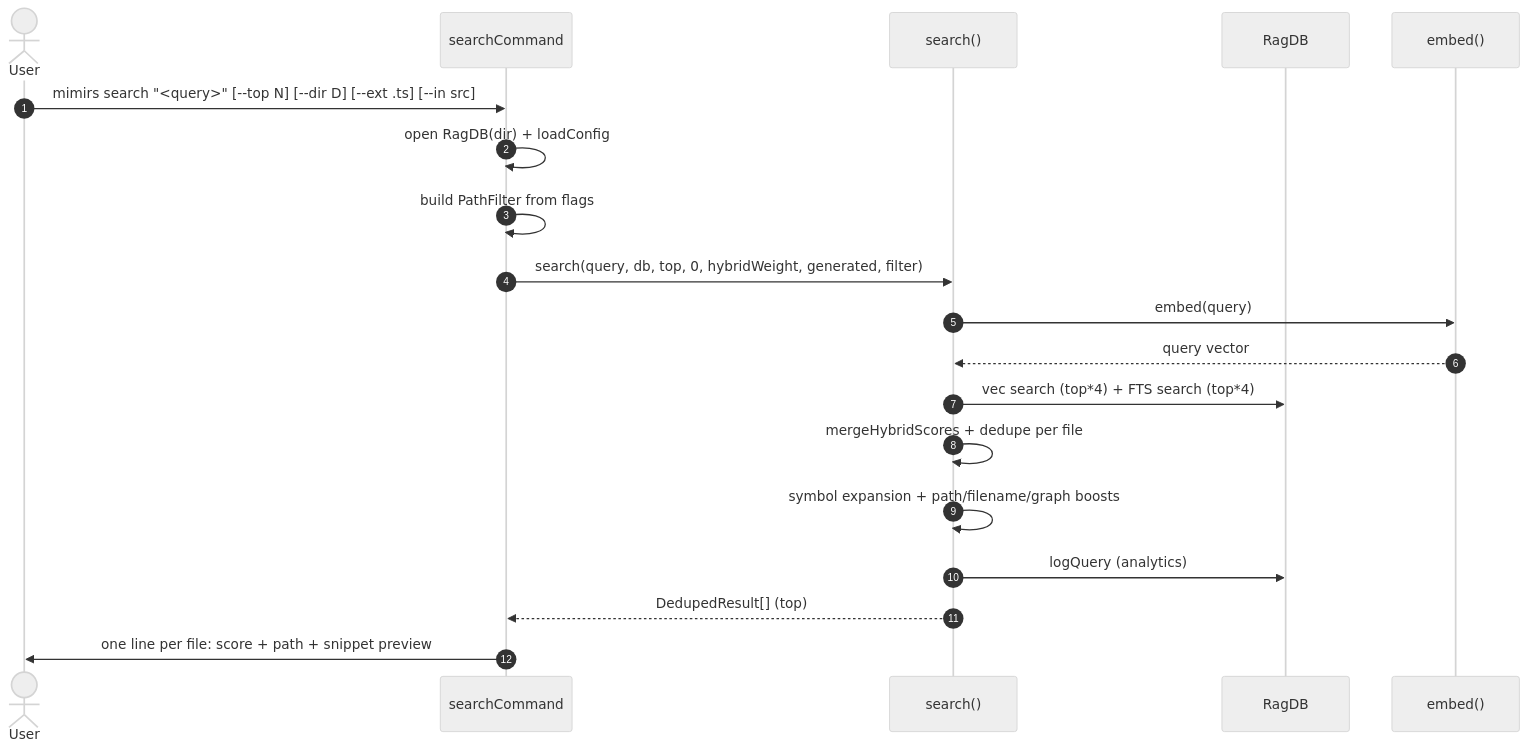
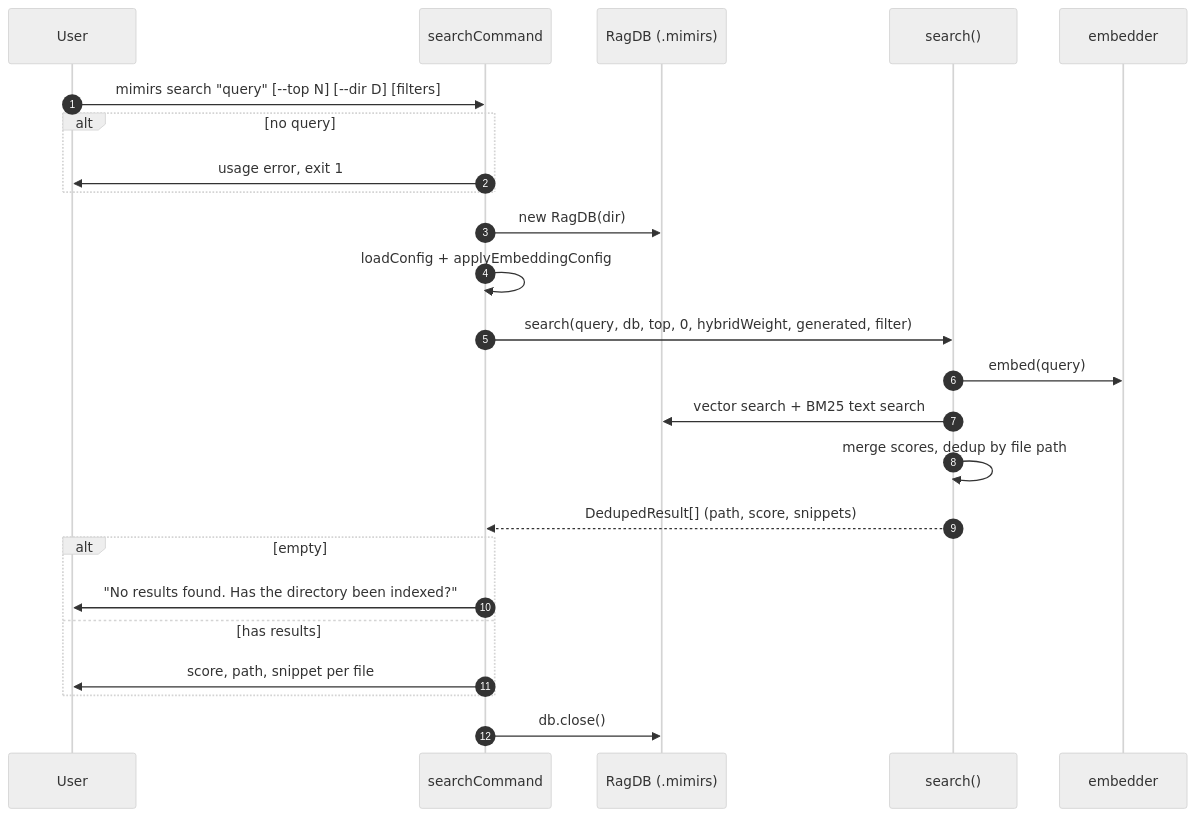
Before and after one commit to TheWinci/mimirs: the diagram in wiki/cli/search.md, drawn with Mermaid (neutral theme). The commit also changed other lines of this file and 52 other files, not shown here.

````diff
--- a/wiki/cli/search.md
+++ b/wiki/cli/search.md
@@ -9,22 +24,27 @@
 ```mermaid
 sequenceDiagram
     autonumber
-    actor User
+    participant User
     participant Cmd as searchCommand
-    participant Hybrid as search()
-    participant DB as RagDB
-    participant Embed as embed()
+    participant DB as RagDB (.mimirs)
+    participant Search as search()
+    participant Embed as embedder
 
-    User->>Cmd: mimirs search "<query>" [--top N] [--dir D] [--ext .ts] [--in src]
-    Cmd->>Cmd: open RagDB(dir) + loadConfig
-    Cmd->>Cmd: build PathFilter from flags
-    Cmd->>Hybrid: search(query, db, top, 0, hybridWeight, generated, filter)
-    Hybrid->>Embed: embed(query)
-    Embed-->>Hybrid: query vector
-    Hybrid->>DB: vec search (top*4) + FTS search (top*4)
-    Hybrid->>Hybrid: mergeHybridScores + dedupe per file
-    Hybrid->>Hybrid: symbol expansion + path/filename/graph boosts
-    Hybrid->>DB: logQuery (analytics)
-    Hybrid-->>Cmd: DedupedResult[] (top)
-    Cmd->>User: one line per file: score + path + snippet preview
+    User->>Cmd: mimirs search "query" [--top N] [--dir D] [filters]
+    alt no query
+        Cmd->>User: usage error, exit 1
+    end
+    Cmd->>DB: new RagDB(dir)
+    Cmd->>Cmd: loadConfig + applyEmbeddingConfig
+    Cmd->>Search: search(query, db, top, 0, hybridWeight, generated, filter)
+    Search->>Embed: embed(query)
+    Search->>DB: vector search + BM25 text search
+    Search->>Search: merge scores, dedup by file path
+    Search-->>Cmd: DedupedResult[] (path, score, snippets)
+    alt empty
+        Cmd->>User: "No results found. Has the directory been indexed?"
+    else has results
+        Cmd->>User: score, path, snippet per file
+    end
+    Cmd->>DB: db.close()
 ```
````
